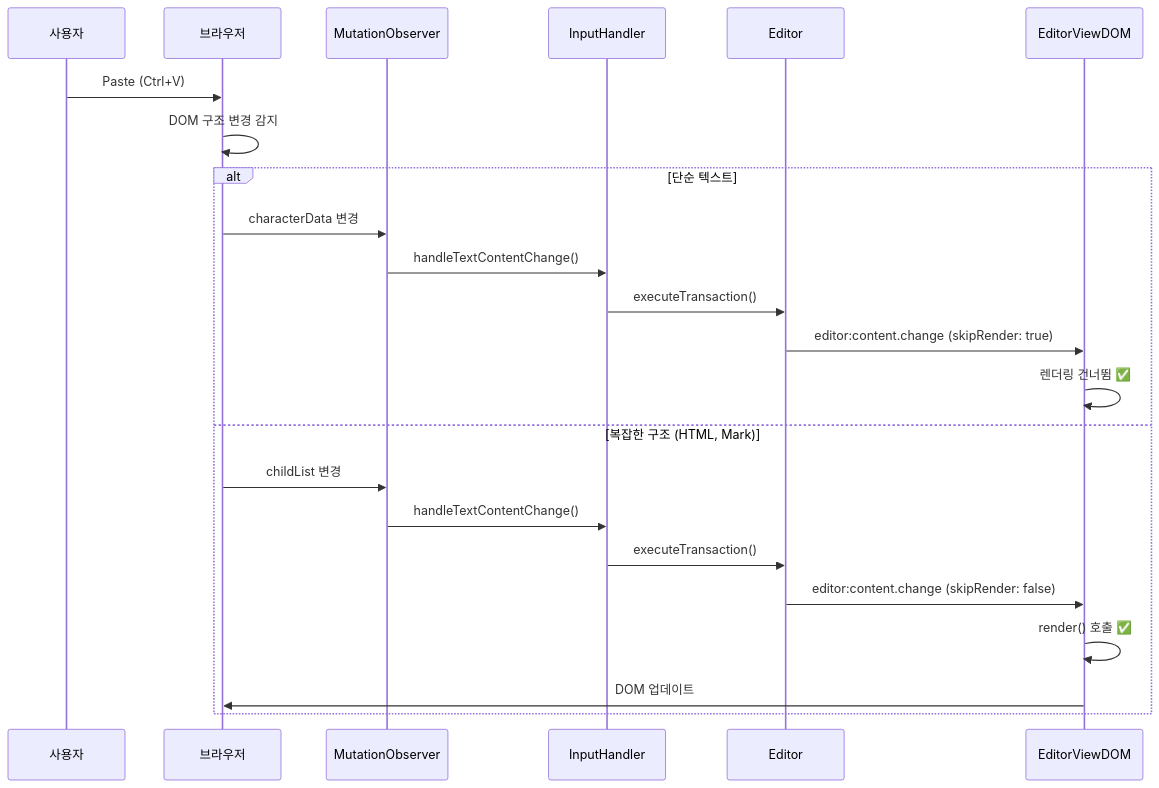
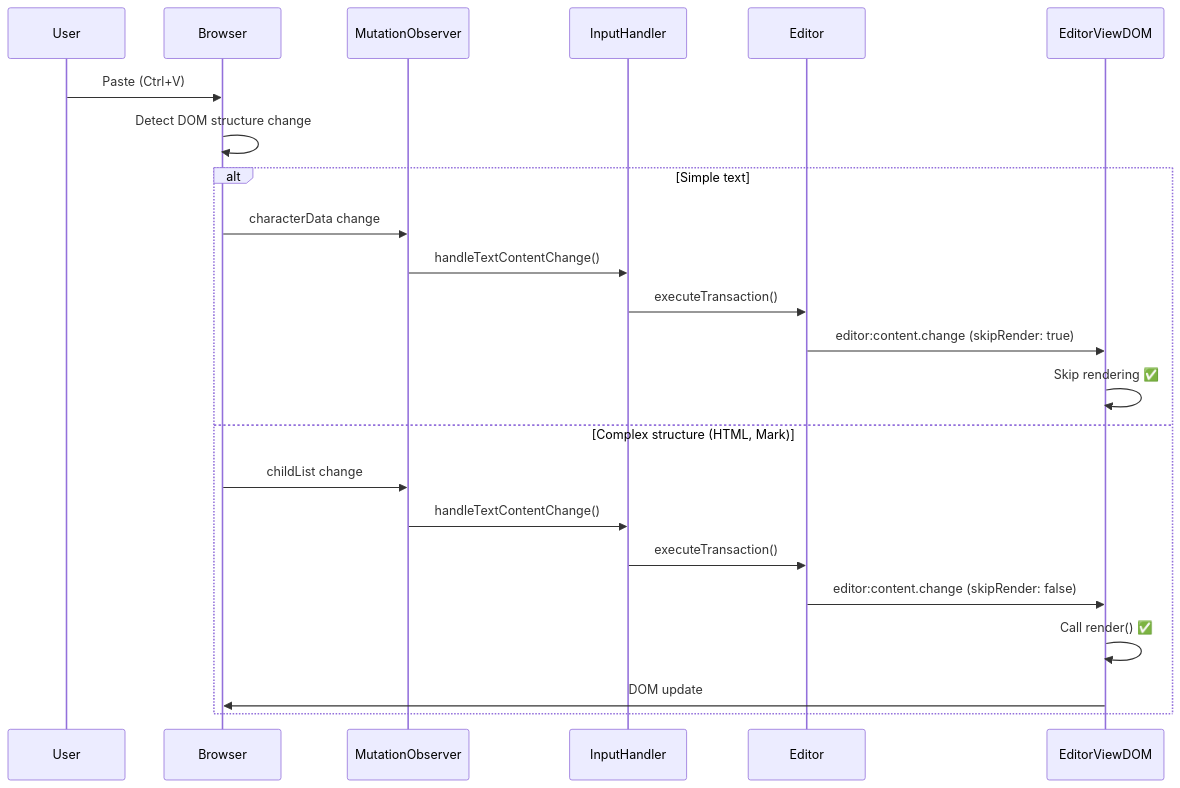
The fifth of 16 diagrams in packages/editor-view-dom/docs/plan/input-rendering-race-condition.md (barocss/barocss-editor), drawn with Mermaid before and after one commit. The commit also changed other lines of this file and 43 other files, not shown here.

````diff
--- a/packages/editor-view-dom/docs/plan/input-rendering-race-condition.md
+++ b/packages/editor-view-dom/docs/plan/input-rendering-race-condition.md
@@ -528,26 +528,26 @@
 ```mermaid
 sequenceDiagram
-    participant User as 사용자
-    participant Browser as 브라우저
+    participant User as User
+    participant Browser as Browser
     participant MO as MutationObserver
     participant IH as InputHandler
     participant Editor as Editor
     participant EVD as EditorViewDOM
 
     User->>Browser: Paste (Ctrl+V)
-    Browser->>Browser: DOM 구조 변경 감지
-    alt 단순 텍스트
-        Browser->>MO: characterData 변경
+    Browser->>Browser: Detect DOM structure change
+    alt Simple text
+        Browser->>MO: characterData change
         MO->>IH: handleTextContentChange()
         IH->>Editor: executeTransaction()
         Editor->>EVD: editor:content.change (skipRender: true)
-        EVD->>EVD: 렌더링 건너뜀 ✅
-    else 복잡한 구조 (HTML, Mark)
-        Browser->>MO: childList 변경
+        EVD->>EVD: Skip rendering ✅
+    else Complex structure (HTML, Mark)
+        Browser->>MO: childList change
         MO->>IH: handleTextContentChange()
         IH->>Editor: executeTransaction()
         Editor->>EVD: editor:content.change (skipRender: false)
-        EVD->>EVD: render() 호출 ✅
-        EVD->>Browser: DOM 업데이트
+        EVD->>EVD: Call render() ✅
+        EVD->>Browser: DOM update
     end
 ```
````
